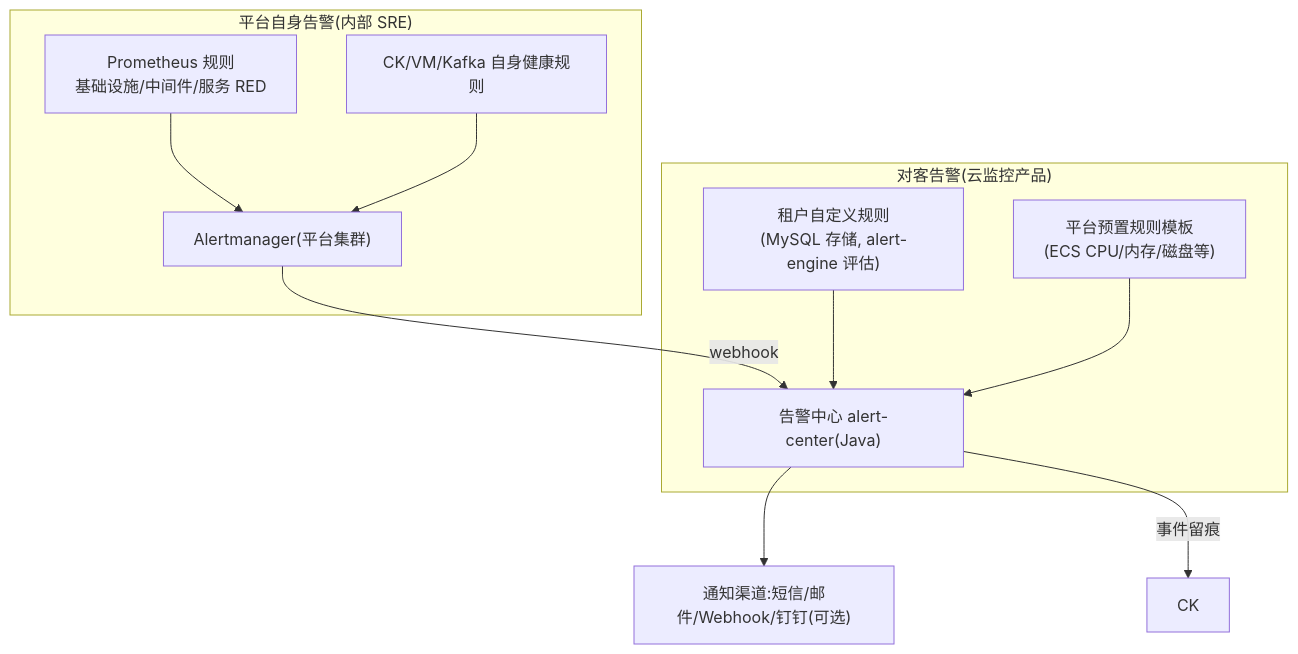
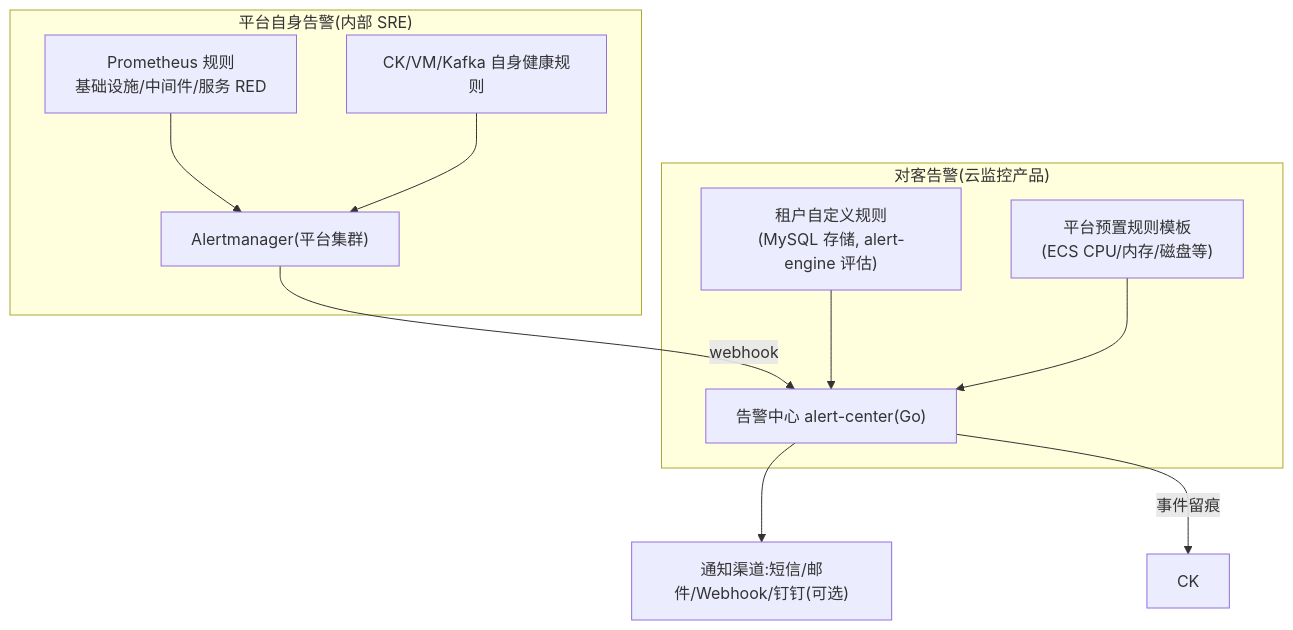
The eighth of 9 diagrams in docs/architecture/05-data-observability.md (qifalab/euler-platform), drawn with Mermaid before and after one commit. The commit also changed other lines of this file and 318 other files, not shown here.

````diff
--- a/docs/architecture/05-data-observability.md
+++ b/docs/architecture/05-data-observability.md
@@ -654,22 +654,22 @@
 ```mermaid
 flowchart TB
     subgraph L1["平台自身告警(内部 SRE)"]
         R1["Prometheus 规则<br/>基础设施/中间件/服务 RED"]
         R2["CK/VM/Kafka 自身健康规则"]
         AM1["Alertmanager(平台集群)"]
     end
 
     subgraph L2["对客告警(云监控产品)"]
         R3["租户自定义规则<br/>(MySQL 存储, alert-engine 评估)"]
         R4["平台预置规则模板<br/>(ECS CPU/内存/磁盘等)"]
-        AC["告警中心 alert-center(Java)"]
+        AC["告警中心 alert-center(Go)"]
     end
 
     R1 --> AM1
     R2 --> AM1
     AM1 -->|webhook| AC
     R3 --> AC
     R4 --> AC
     AC --> CH["通知渠道:短信/邮件/Webhook/钉钉(可选)"]
     AC -->|事件留痕| CK
 ```
````
